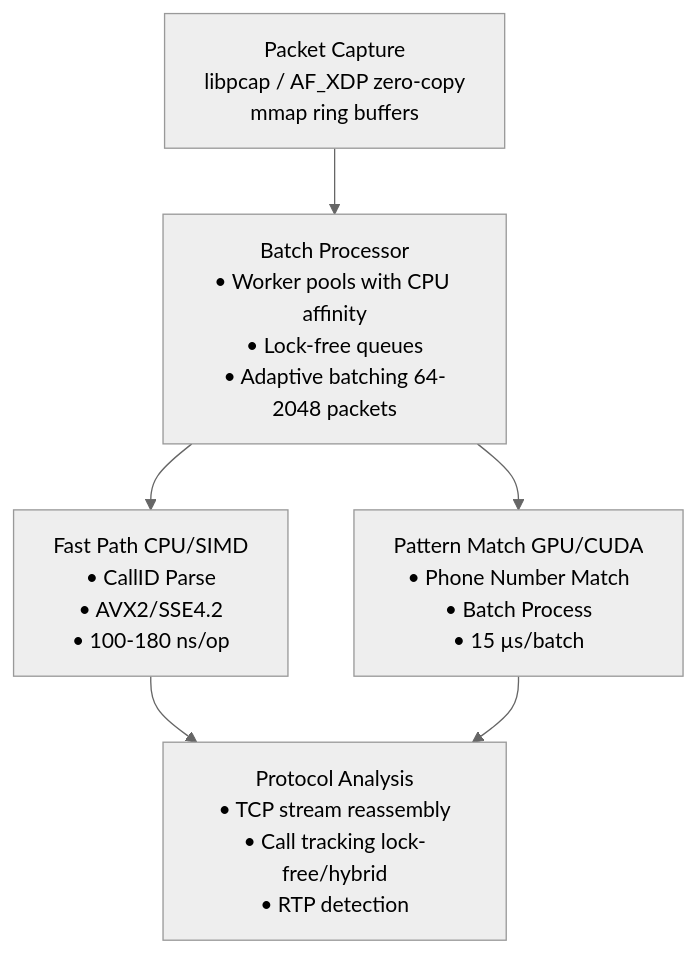
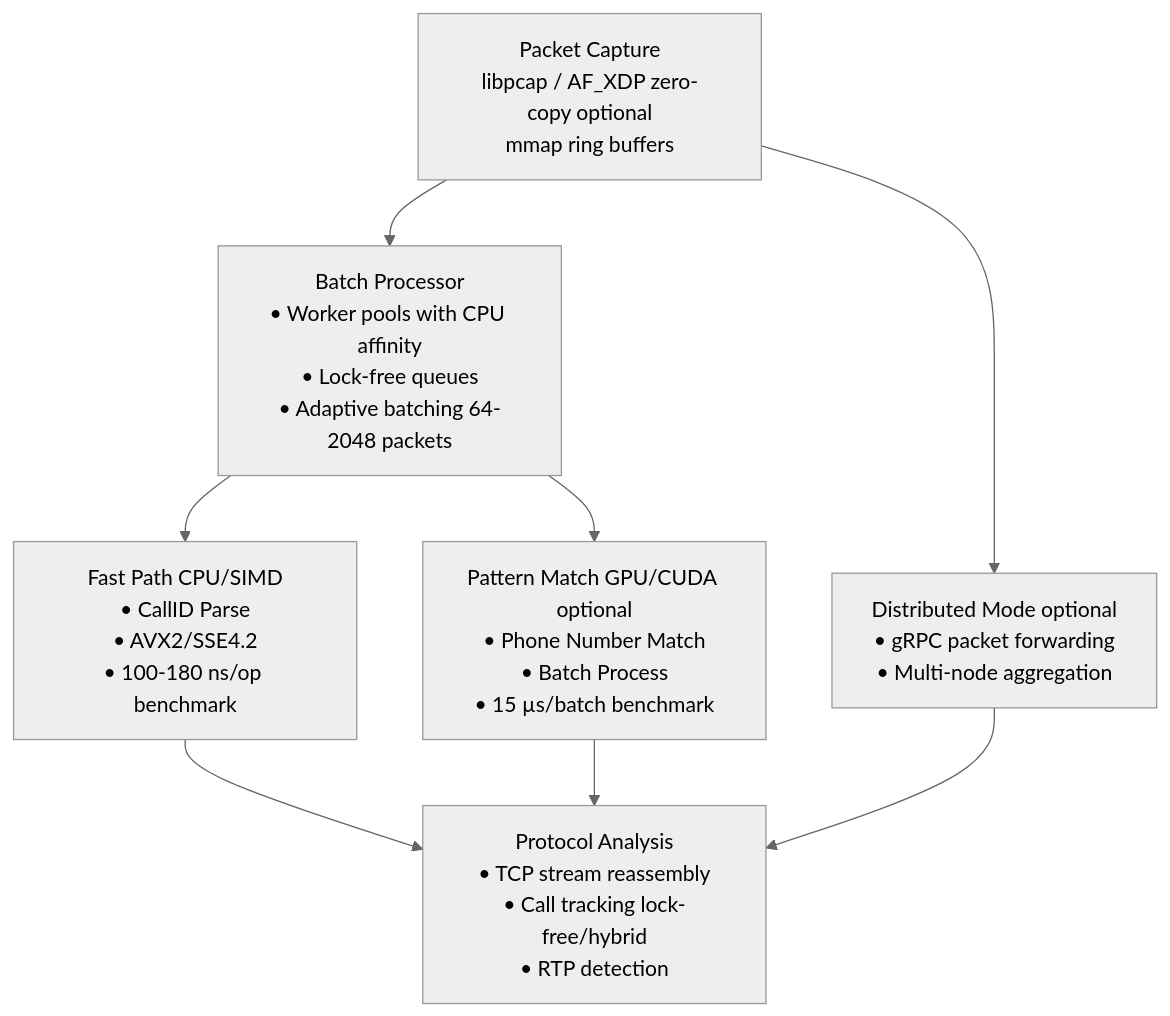
One commit to endorses/lippycat changed the second of 3 diagrams in README.md. Above: the diagram before and after it, drawn with Mermaid (neutral theme). The commit also changed other lines of this file, not shown here.

````diff
--- a/README.md
+++ b/README.md
@@ -361,18 +418,22 @@
 ```mermaid
 graph TB
-    Capture[Packet Capture<br/>libpcap / AF_XDP zero-copy<br/>mmap ring buffers]
+    Capture[Packet Capture<br/>libpcap / AF_XDP zero-copy optional<br/>mmap ring buffers]
 
     Batch[Batch Processor<br/>• Worker pools with CPU affinity<br/>• Lock-free queues<br/>• Adaptive batching 64-2048 packets]
 
-    FastPath[Fast Path CPU/SIMD<br/>• CallID Parse<br/>• AVX2/SSE4.2<br/>• 100-180 ns/op]
+    FastPath[Fast Path CPU/SIMD<br/>• CallID Parse<br/>• AVX2/SSE4.2<br/>• 100-180 ns/op benchmark]
 
-    GPU[Pattern Match GPU/CUDA<br/>• Phone Number Match<br/>• Batch Process<br/>• 15 µs/batch]
+    GPU[Pattern Match GPU/CUDA optional<br/>• Phone Number Match<br/>• Batch Process<br/>• 15 µs/batch benchmark]
 
     Analysis[Protocol Analysis<br/>• TCP stream reassembly<br/>• Call tracking lock-free/hybrid<br/>• RTP detection]
 
+    Distributed[Distributed Mode optional<br/>• gRPC packet forwarding<br/>• Multi-node aggregation]
+
     Capture --> Batch
+    Capture --> Distributed
     Batch --> FastPath
     Batch --> GPU
     FastPath --> Analysis
     GPU --> Analysis
+    Distributed --> Analysis
 ```
````
